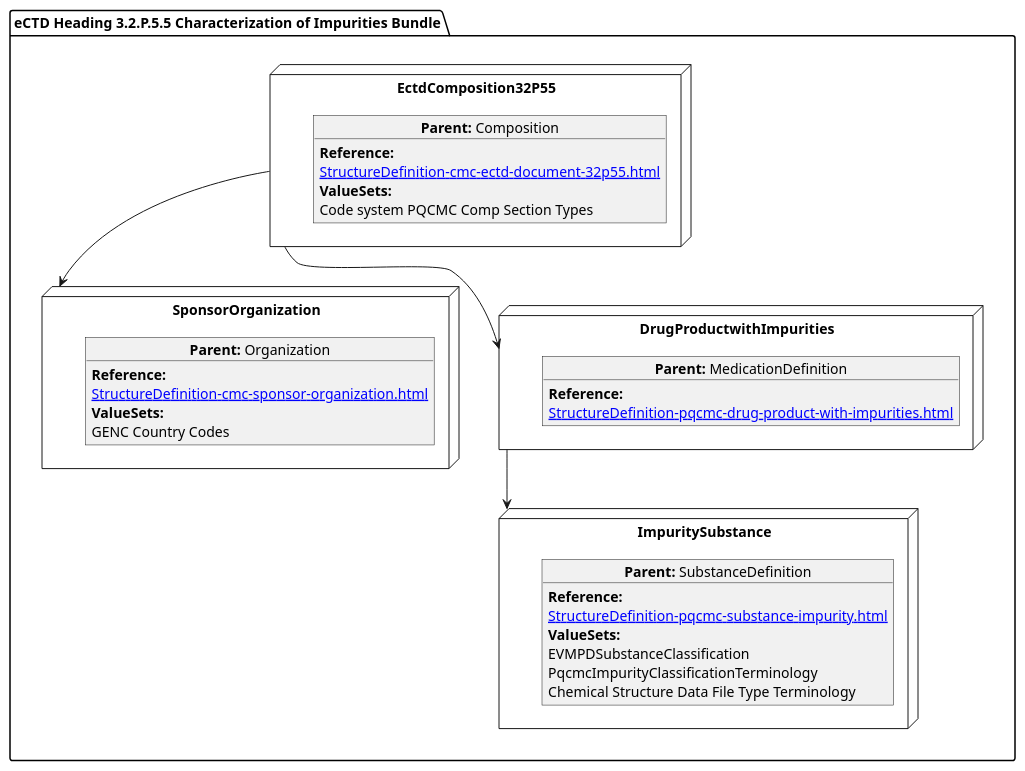
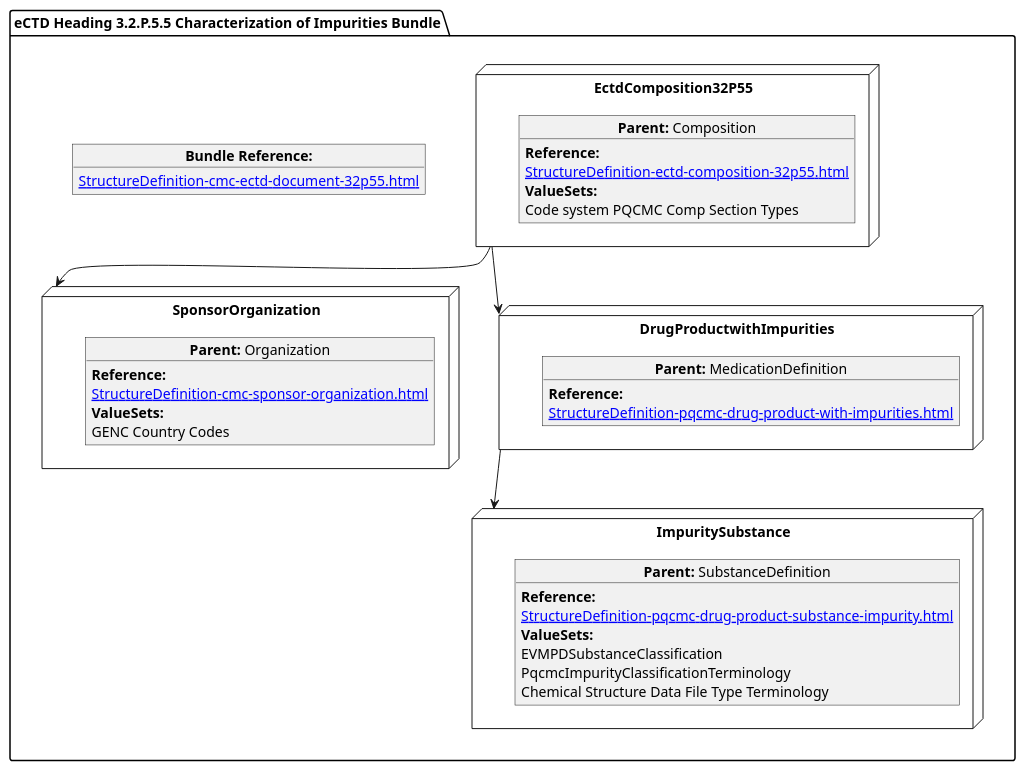
One commit to HL7/FHIR-us-pq-cmc-fda changed the diagram in input/images-source/CharacImprity.plantuml. Above: the diagram before and after it, drawn with PlantUML. The commit also changed 59 other files, not shown here.

```diff
--- a/input/images-source/CharacImprity.plantuml
+++ b/input/images-source/CharacImprity.plantuml
@@ -1,45 +1,49 @@
 @startuml
 allowmixing
 'Mixed model of use case and object
 
 package "eCTD Heading 3.2.P.5.5 Characterization of Impurities Bundle" as NODES {
+ 
+   object "**Bundle Reference:**" as objbun {
+              [[StructureDefinition-cmc-ectd-document-32p55.html]]
+    }  
 
 node "EctdComposition32P55" as N1 { 
       object "**Parent:** Composition" as obj1 {
            **Reference:**
-      [[StructureDefinition-cmc-ectd-document-32p55.html]]   
+      [[StructureDefinition-ectd-composition-32p55.html]]   
       **ValueSets:**
   Code system PQCMC Comp Section Types
     }
 }
  node "SponsorOrganization" as NSO { 
       object "**Parent:** Organization" as objAu {
          **Reference:**
       [[StructureDefinition-cmc-sponsor-organization.html]]
         **ValueSets:**
         GENC Country Codes
     }
 } 
   node "DrugProductwithImpurities" as NN { 
       object "**Parent:** MedicationDefinition" as obj3 {  
          **Reference:**
       [[StructureDefinition-pqcmc-drug-product-with-impurities.html]]    
       }
   }
 
 node "ImpuritySubstance" as N6 { 
       object "**Parent:** SubstanceDefinition" as obj2 {
            **Reference:**
-      [[StructureDefinition-pqcmc-substance-impurity.html]]   
+      [[StructureDefinition-pqcmc-drug-product-substance-impurity.html]]   
       **ValueSets:**
       EVMPDSubstanceClassification
       PqcmcImpurityClassificationTerminology
       Chemical Structure Data File Type Terminology
     }    
 }
 
 N1 --> NSO   
 NN --> N6
 N1 --> NN 
 }
 @enduml
```
